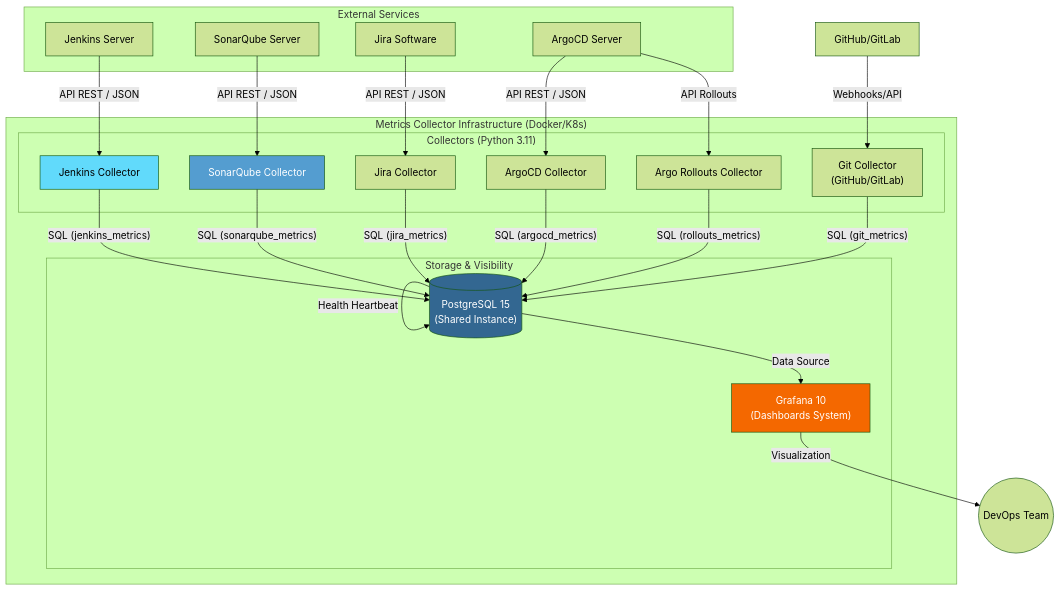
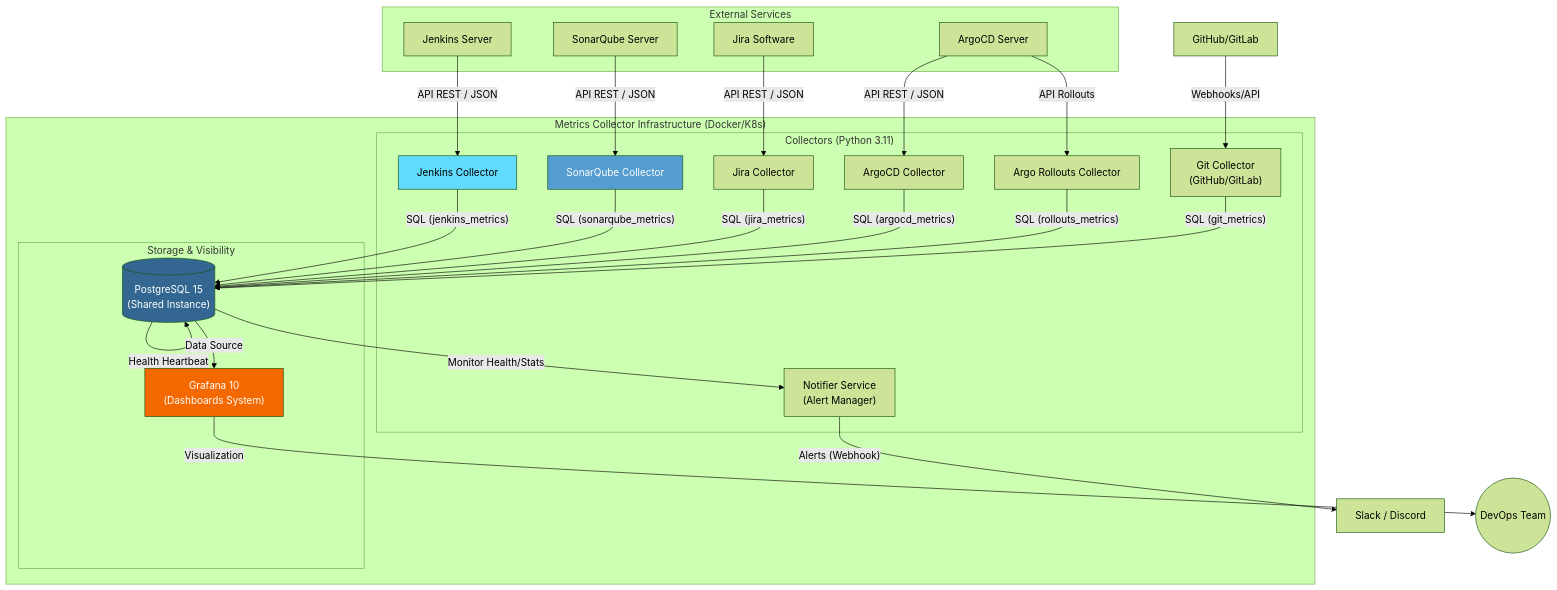
The diagram in ARCHITECTURE.md (grs89/Metrics_Collector), drawn with Mermaid (forest theme) before and after one commit. The commit also changed other lines of this file and 6 other files, not shown here.

````diff
--- a/ARCHITECTURE.md
+++ b/ARCHITECTURE.md
@@ -11,49 +11,53 @@
 ```mermaid
 graph TD
     subgraph "External Services"
         Jenkins["Jenkins Server"]
         Sonar["SonarQube Server"]
         Jira["Jira Software"]
         Argo["ArgoCD Server"]
     end
 
     subgraph "Metrics Collector Infrastructure (Docker/K8s)"
         subgraph "Collectors (Python 3.11)"
             JC["Jenkins Collector"]
             SC["SonarQube Collector"]
             JRC["Jira Collector"]
             AC["ArgoCD Collector"]
             ARC["Argo Rollouts Collector"]
             GC["Git Collector<br/>(GitHub/GitLab)"]
+            NC["Notifier Service<br/>(Alert Manager)"]
         end
 
         subgraph "Storage & Visibility"
             DB[("PostgreSQL 15<br/>(Shared Instance)")]
             GF["Grafana 10<br/>(Dashboards System)"]
         end
     end
 
     %% Flow
     Jenkins -->|"API REST / JSON"| JC
     Sonar -->|"API REST / JSON"| SC
     Jira -->|"API REST / JSON"| JRC
     Argo -->|"API REST / JSON"| AC
     Argo -->|"API Rollouts"| ARC
     GitHub["GitHub/GitLab"] -->|"Webhooks/API"| GC
     
     JC -->|"SQL (jenkins_metrics)"| DB
     SC -->|"SQL (sonarqube_metrics)"| DB
     JRC -->|"SQL (jira_metrics)"| DB
     AC -->|"SQL (argocd_metrics)"| DB
     ARC -->|"SQL (rollouts_metrics)"| DB
     GC -->|"SQL (git_metrics)"| DB
     
+    DB -->|"Monitor Health/Stats"| NC
+    NC -->|"Alerts (Webhook)"| ExtChannels["Slack / Discord"]
+    
     DB -->|"Health Heartbeat"| DB
     DB -->|"Data Source"| GF
     GF -->|"Visualization"| User((DevOps Team))
 
     style DB fill:#336791,color:#fff
     style GF fill:#F46800,color:#fff
     style JC fill:#61dafb,color:#000
     style SC fill:#549dd0,color:#fff
 ```
````
